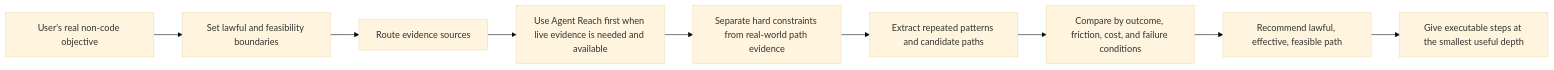
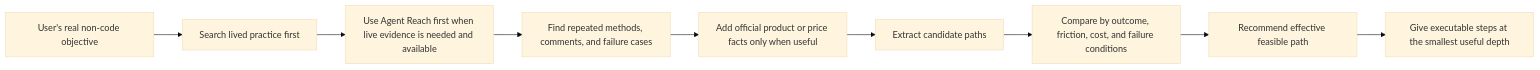
One commit to Jia-Ethan/pavedpath changed the second of 2 diagrams in README.md. Above: the diagram before and after it, drawn with Mermaid (base theme). The commit also changed other lines of this file and 6 other files, not shown here.

Commit message:
Refine PavedPath lived-practice retrieval

````diff
--- a/README.md
+++ b/README.md
@@ -339,11 +358,11 @@
 ```mermaid
 flowchart LR
-  A["User's real non-code objective"] --> B["Set lawful and feasibility boundaries"]
-  B --> C["Route evidence sources"]
-  C --> D["Use Agent Reach first when live evidence is needed and available"]
-  D --> E["Separate hard constraints from real-world path evidence"]
-  E --> F["Extract repeated patterns and candidate paths"]
+  A["User's real non-code objective"] --> B["Search lived practice first"]
+  B --> C["Use Agent Reach first when live evidence is needed and available"]
+  C --> D["Find repeated methods, comments, and failure cases"]
+  D --> E["Add official product or price facts only when useful"]
+  E --> F["Extract candidate paths"]
   F --> G["Compare by outcome, friction, cost, and failure conditions"]
-  G --> H["Recommend lawful, effective, feasible path"]
+  G --> H["Recommend effective feasible path"]
   H --> I["Give executable steps at the smallest useful depth"]
 ```
````
